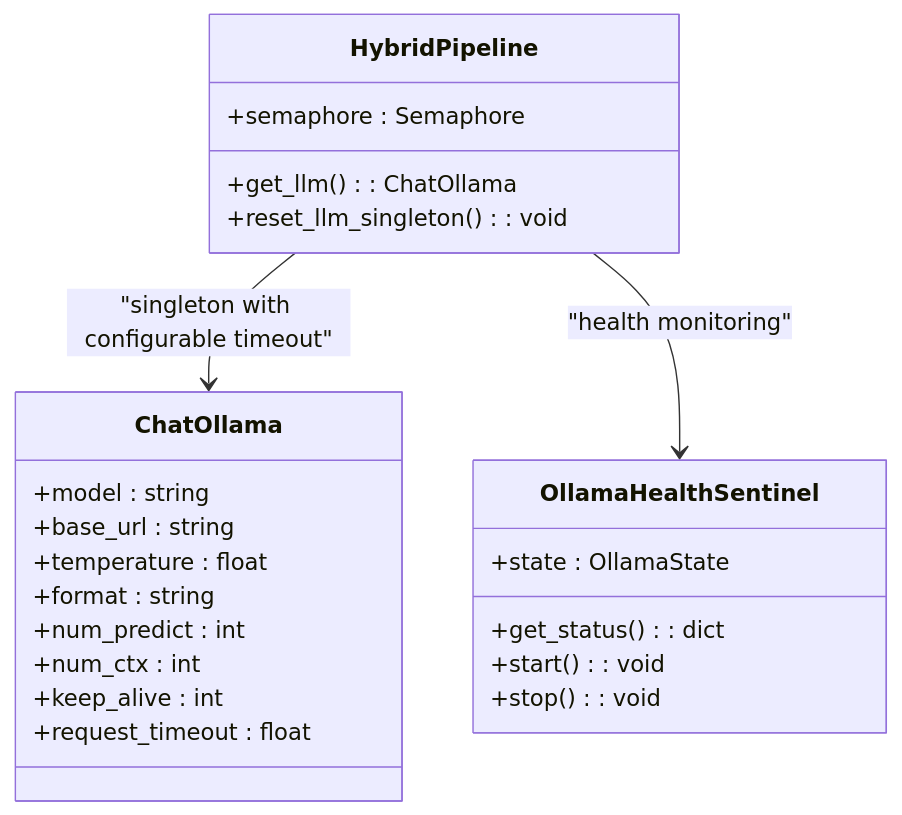
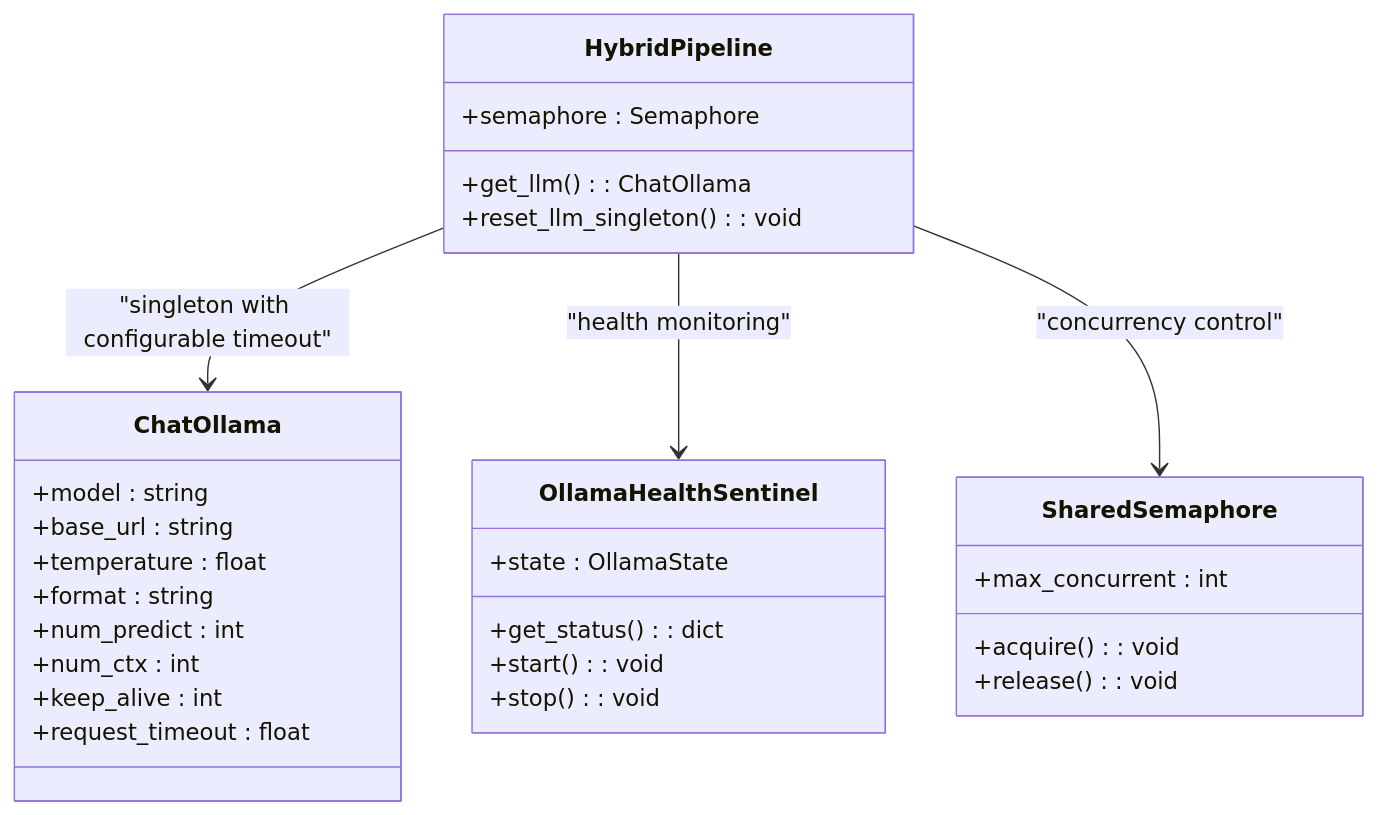
The eighth of 14 diagrams in .qoder/repowiki/en/content/Analysis Engine/LLM Service Integration.md (Revanththetalogics/aireume), drawn with Mermaid before and after one commit. The commit also changed other lines of this file and 6 other files, not shown here.

````diff
--- a/.qoder/repowiki/en/content/Analysis Engine/LLM Service Integration.md
+++ b/.qoder/repowiki/en/content/Analysis Engine/LLM Service Integration.md
@@ -343,26 +404,32 @@
 ```mermaid
 classDiagram
 class HybridPipeline {
 +semaphore : Semaphore
 +get_llm() : ChatOllama
 +reset_llm_singleton() : void
 }
 class ChatOllama {
 +model : string
 +base_url : string
 +temperature : float
 +format : string
 +num_predict : int
 +num_ctx : int
 +keep_alive : int
 +request_timeout : float
 }
 class OllamaHealthSentinel {
 +state : OllamaState
 +get_status() : dict
 +start() : void
 +stop() : void
 }
+class SharedSemaphore {
++max_concurrent : int
++acquire() : void
++release() : void
+}
 HybridPipeline --> ChatOllama : "singleton with configurable timeout"
 HybridPipeline --> OllamaHealthSentinel : "health monitoring"
+HybridPipeline --> SharedSemaphore : "concurrency control"
 ```
````
